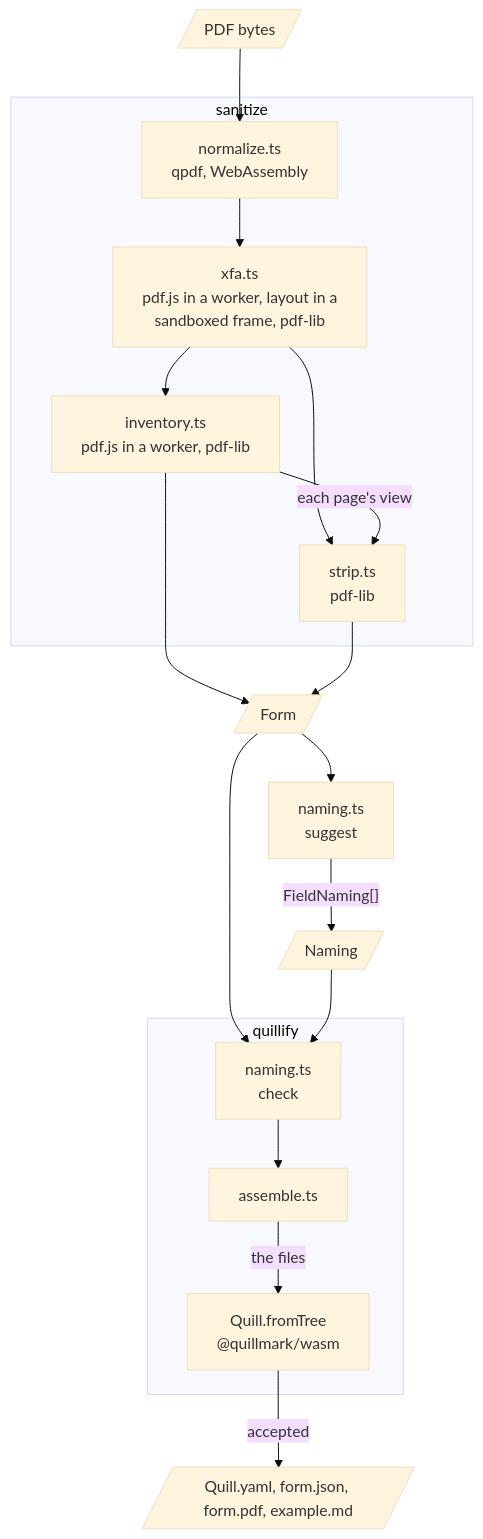
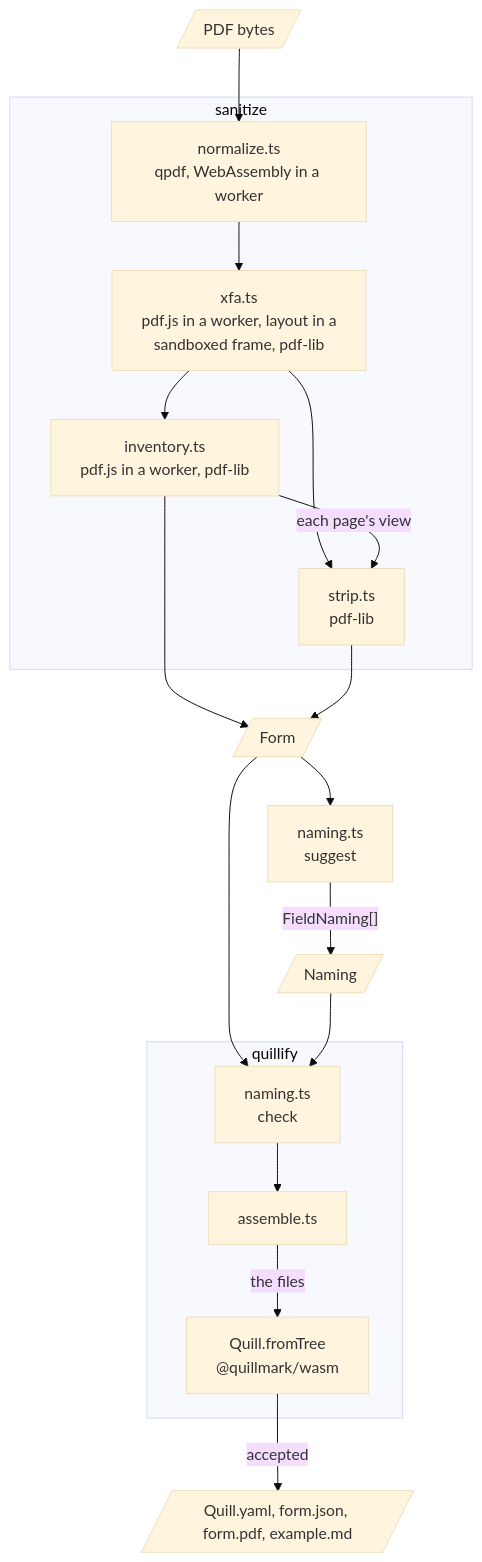
One commit to blackpeacockprinting/quillify changed the diagram in prose/canon/ARCHITECTURE.md. Above: the diagram before and after it, drawn with Mermaid (base theme). The commit also changed other lines of this file and 8 other files, not shown here.

````diff
--- a/prose/canon/ARCHITECTURE.md
+++ b/prose/canon/ARCHITECTURE.md
@@ -9,19 +9,19 @@
 ```mermaid
 flowchart TD
     pdf[/PDF bytes/] --> normalize
     subgraph sanitize
-        normalize["normalize.ts<br/>qpdf, WebAssembly"] --> xfa["xfa.ts<br/>pdf.js in a worker, layout in a<br/>sandboxed frame, pdf-lib"]
+        normalize["normalize.ts<br/>qpdf, WebAssembly in a worker"] --> xfa["xfa.ts<br/>pdf.js in a worker, layout in a<br/>sandboxed frame, pdf-lib"]
         xfa --> inventory["inventory.ts<br/>pdf.js in a worker, pdf-lib"]
         xfa --> strip["strip.ts<br/>pdf-lib"]
         inventory -->|"each page's view"| strip
     end
     inventory --> form[/Form/]
     strip --> form
     form --> suggest["naming.ts<br/>suggest"] -->|"FieldNaming[]"| naming[/Naming/]
     form --> check
     naming --> check
     subgraph quillify
         check["naming.ts<br/>check"] --> assemble["assemble.ts"] -->|the files| engine["Quill.fromTree<br/>@quillmark/wasm"]
     end
     engine -->|accepted| tree[/"Quill.yaml, form.json, form.pdf, example.md"/]
 ```
````
